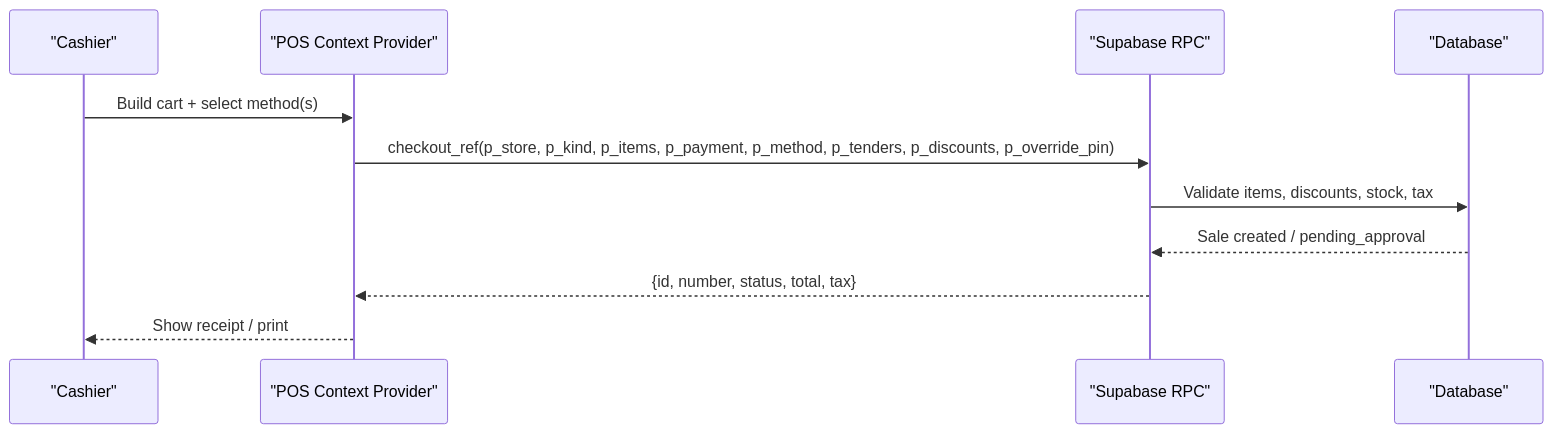
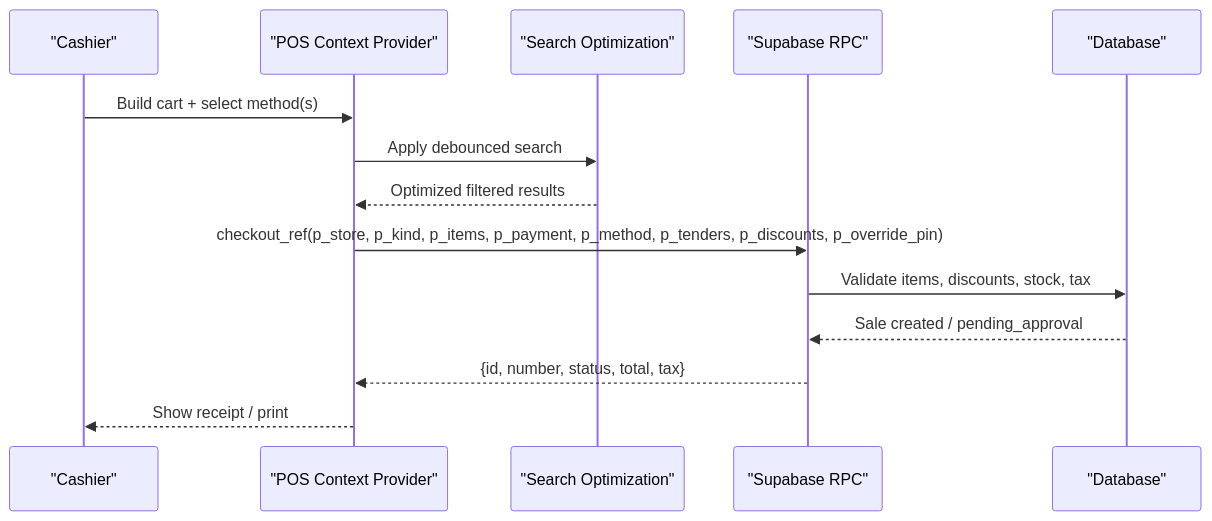
Before and after one commit to themclloyd/storq: the second of 11 diagrams in .qoder/repowiki/en/content/Point of Sale System/Point of Sale System.md, drawn with Mermaid. The commit also changed other lines of this file and 45 other files, not shown here.

First line of the commit message:
feat(database): enhance POS schema with security and retail operations

````diff
--- a/.qoder/repowiki/en/content/Point of Sale System/Point of Sale System.md
+++ b/.qoder/repowiki/en/content/Point of Sale System/Point of Sale System.md
@@ -105,13 +130,16 @@
 ```mermaid
 sequenceDiagram
 participant Cashier as "Cashier"
 participant POS as "POS Context Provider"
+participant SearchOpt as "Search Optimization"
 participant Server as "Supabase RPC"
 participant DB as "Database"
 Cashier->>POS : Build cart + select method(s)
+POS->>SearchOpt : Apply debounced search
+SearchOpt-->>POS : Optimized filtered results
 POS->>Server : checkout_ref(p_store, p_kind, p_items, p_payment, p_method, p_tenders, p_discounts, p_override_pin)
 Server->>DB : Validate items, discounts, stock, tax
 DB-->>Server : Sale created / pending_approval
 Server-->>POS : {id, number, status, total, tax}
 POS-->>Cashier : Show receipt / print
 ```
````
